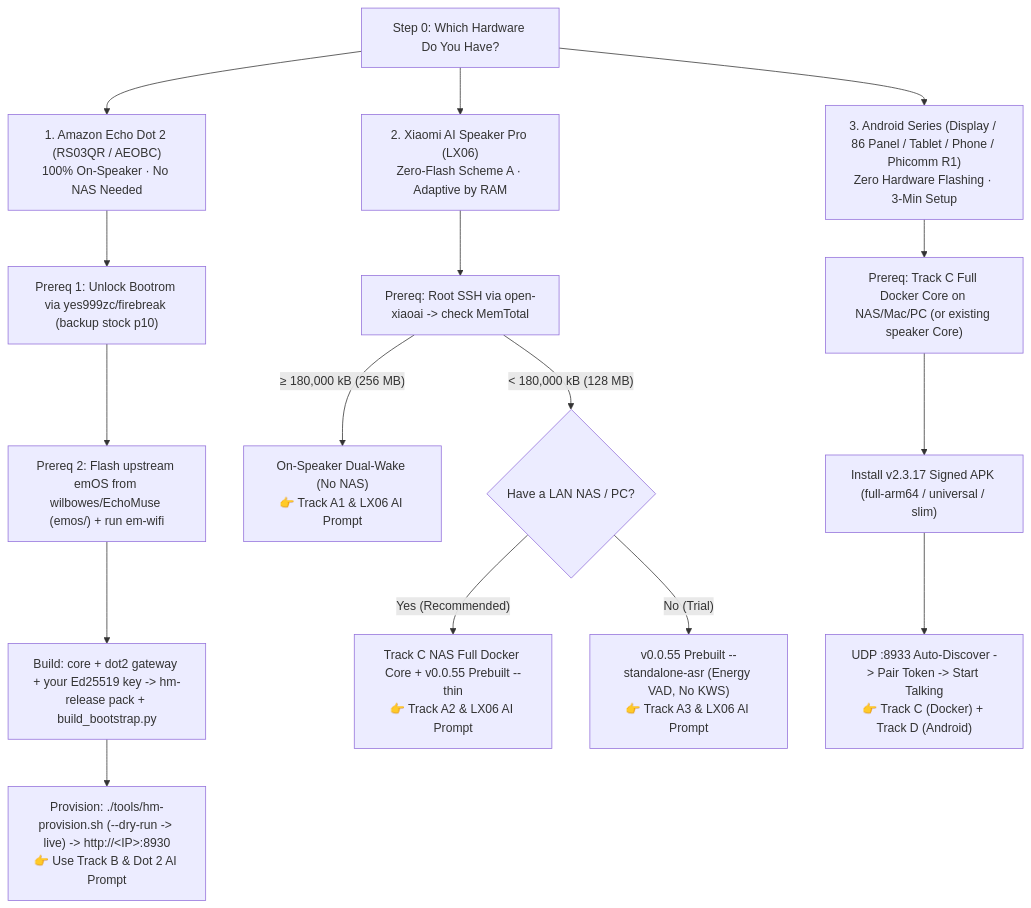
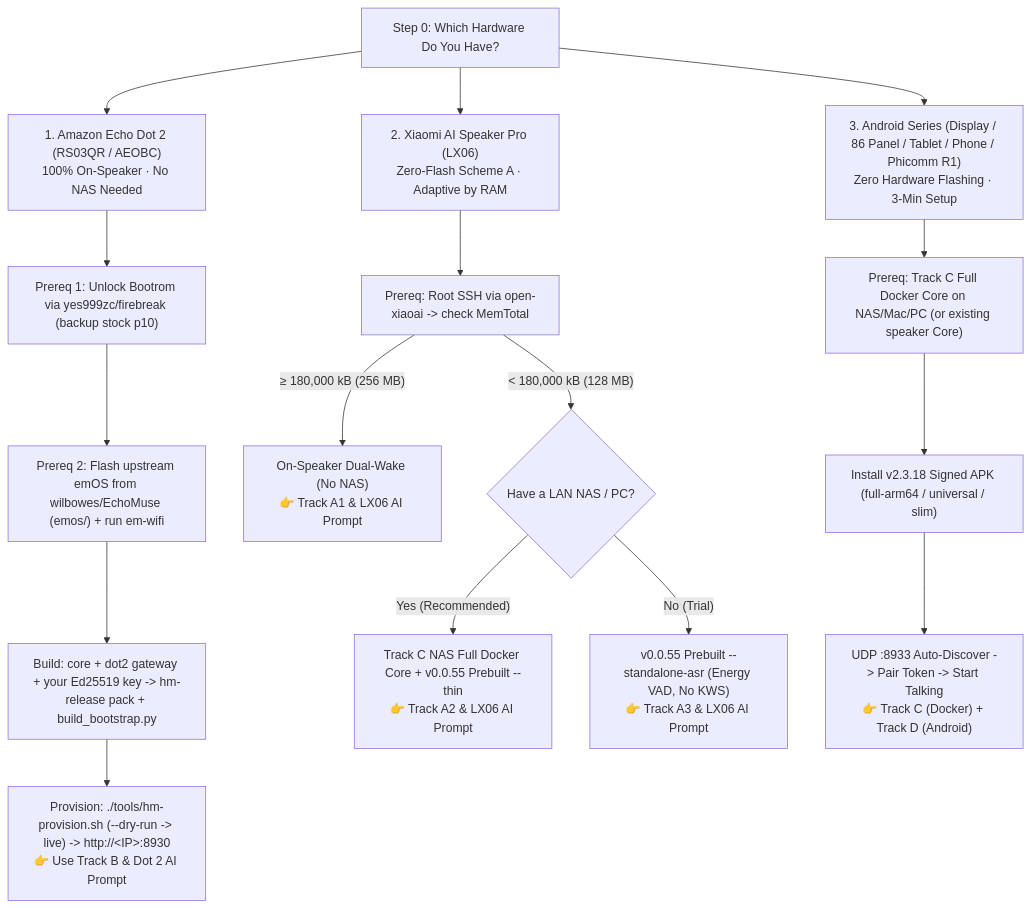
Before and after one commit to 0uzu0/home-mate: the diagram in README.md, drawn with Mermaid. The commit also changed other lines of this file and 1 other file, not shown here.

Commit message:
docs(readme): update companion Android release link to v2.3.18

````diff
--- a/README.md
+++ b/README.md
@@ -63,23 +63,23 @@
 ```mermaid
 flowchart TD
     Root["Step 0: Which Hardware Do You Have?"]
 
     Root --> Dot2["1. Amazon Echo Dot 2 (RS03QR / AEOBC)<br/>100% On-Speaker · No NAS Needed"]
     Root --> LX06["2. Xiaomi AI Speaker Pro (LX06)<br/>Zero-Flash Scheme A · Adaptive by RAM"]
     Root --> Android["3. Android Series (Display / 86 Panel / Tablet / Phone / Phicomm R1)<br/>Zero Hardware Flashing · 3-Min Setup"]
 
     Dot2 --> D0["Prereq 1: Unlock Bootrom via yes999zc/firebreak (backup stock p10)"]
     D0 --> D1["Prereq 2: Flash upstream emOS from wilbowes/EchoMuse (emos/) + run em-wifi"]
     D1 --> D2["Build: core + dot2 gateway + your Ed25519 key -> hm-release pack + build_bootstrap.py"]
     D2 --> D3["Provision: ./tools/hm-provision.sh (--dry-run -> live) -> http://&lt;IP&gt;:8930<br/>👉 Use Track B &amp; Dot 2 AI Prompt"]
 
     LX06 --> L0["Prereq: Root SSH via open-xiaoai -> check MemTotal"]
     L0 -->|"≥ 180,000 kB (256 MB)"| L256["On-Speaker Dual-Wake (No NAS)<br/>👉 Track A1 &amp; LX06 AI Prompt"]
     L0 -->|"< 180,000 kB (128 MB)"| L128{"Have a LAN NAS / PC?"}
     L128 -->|"Yes (Recommended)"| LThin["Track C NAS Full Docker Core + v0.0.55 Prebuilt --thin<br/>👉 Track A2 &amp; LX06 AI Prompt"]
     L128 -->|"No (Trial)"| LAsr["v0.0.55 Prebuilt --standalone-asr (Energy VAD, No KWS)<br/>👉 Track A3 &amp; LX06 AI Prompt"]
 
     Android --> A1["Prereq: Track C Full Docker Core on NAS/Mac/PC (or existing speaker Core)"]
-    A1 --> A2["Install v2.3.17 Signed APK (full-arm64 / universal / slim)"]
+    A1 --> A2["Install v2.3.18 Signed APK (full-arm64 / universal / slim)"]
     A2 --> A3["UDP :8933 Auto-Discover -> Pair Token -> Start Talking<br/>👉 Track C (Docker) + Track D (Android)"]
 ```
````
